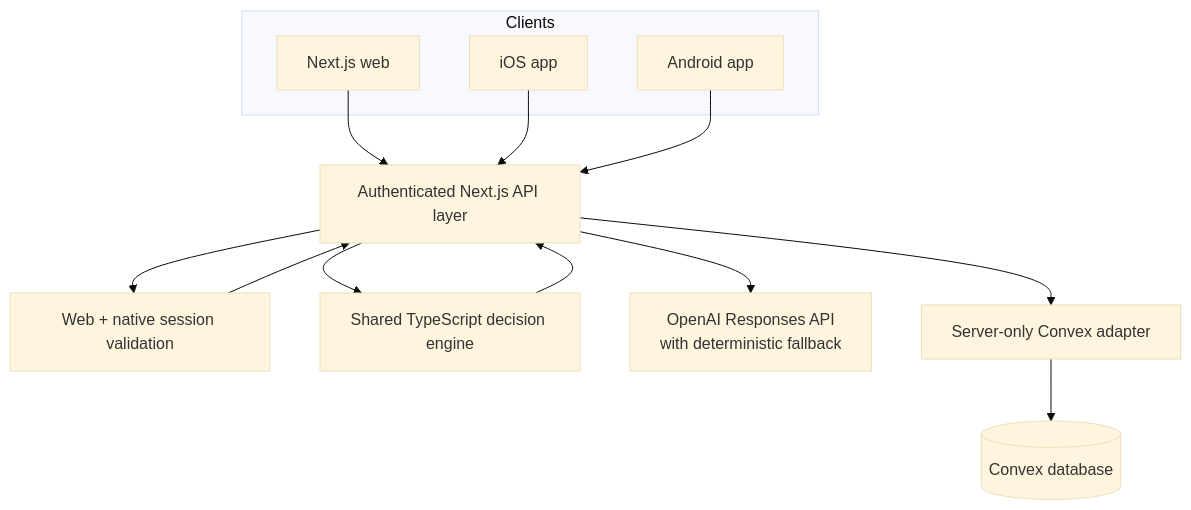
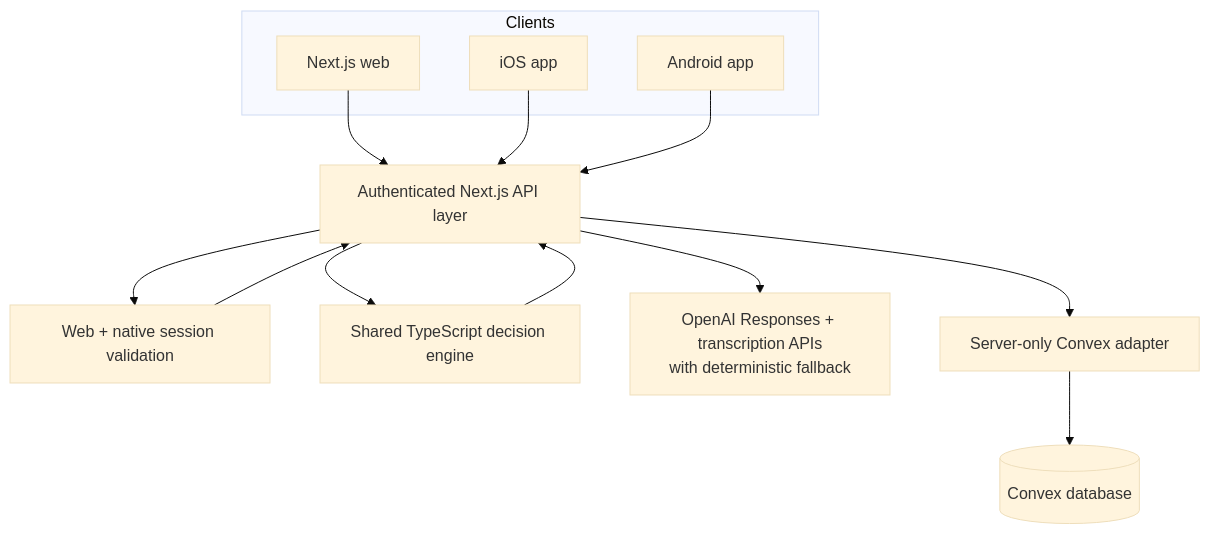
Before and after one commit to YashvanthSankar/superfinz-gig: the fourth of 4 diagrams in README.md, drawn with Mermaid (base theme). The commit also changed other lines of this file and 19 other files, not shown here.

````diff
--- a/README.md
+++ b/README.md
@@ -439,21 +454,21 @@
 ```mermaid
 flowchart TB
     subgraph Clients
         W[Next.js web]
         I[iOS app]
         A[Android app]
     end
 
     W --> API[Authenticated Next.js API layer]
     I --> API
     A --> API
 
     API --> AUTH[Web + native session validation]
     API --> ENGINE[Shared TypeScript decision engine]
-    API --> COACH[OpenAI Responses API<br/>with deterministic fallback]
+    API --> COACH[OpenAI Responses + transcription APIs<br/>with deterministic fallback]
     API --> STORE[Server-only Convex adapter]
     STORE --> DB[(Convex database)]
 
     ENGINE --> API
     AUTH --> API
 ```
````
